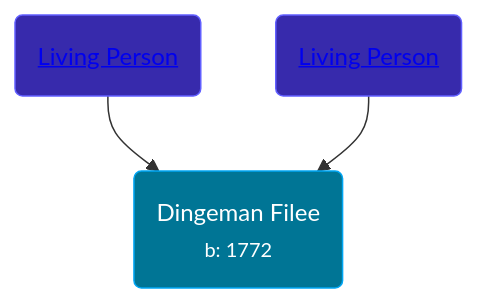
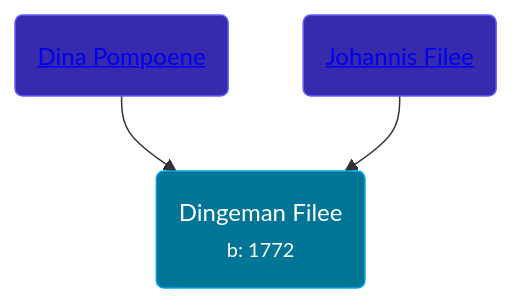
One commit to wpmgotkh/wpmgotkh.github.io changed the diagram in pages/people/1/19898025.md. Above: the diagram before and after it, drawn with Mermaid. The commit also changed other lines of this file and 586 other files, not shown here.

Commit message:
feat: better shouldConsiderPersonLiving algo

````diff
--- a/pages/people/1/19898025.md
+++ b/pages/people/1/19898025.md
@@ -11,9 +11,9 @@
 ```mermaid
 graph
 classDef grands fill:#193cb8,stroke:#2b7fff,stroke-width:1px,color:#fff;
 classDef parents fill:#372aac,stroke:#615fff,stroke-width:1px,color:#fff;
 classDef primary fill:#007595,stroke:#00a6f4,stroke-width:1px,color:#fff;
 19898025(Dingeman Filee<br /><small>b: 1772</small>):::primary
-69144502(<a class="text-white" href="/people/6/69144502">Living Person</a>):::parents-->19898025
-39514400(<a class="text-white" href="/people/3/39514400">Living Person</a>):::parents-->19898025
+69144502(<a class="text-white" href="/people/6/69144502">Dina Pompoene</a>):::parents-->19898025
+39514400(<a class="text-white" href="/people/3/39514400">Johannis Filee</a>):::parents-->19898025
 ```
````
